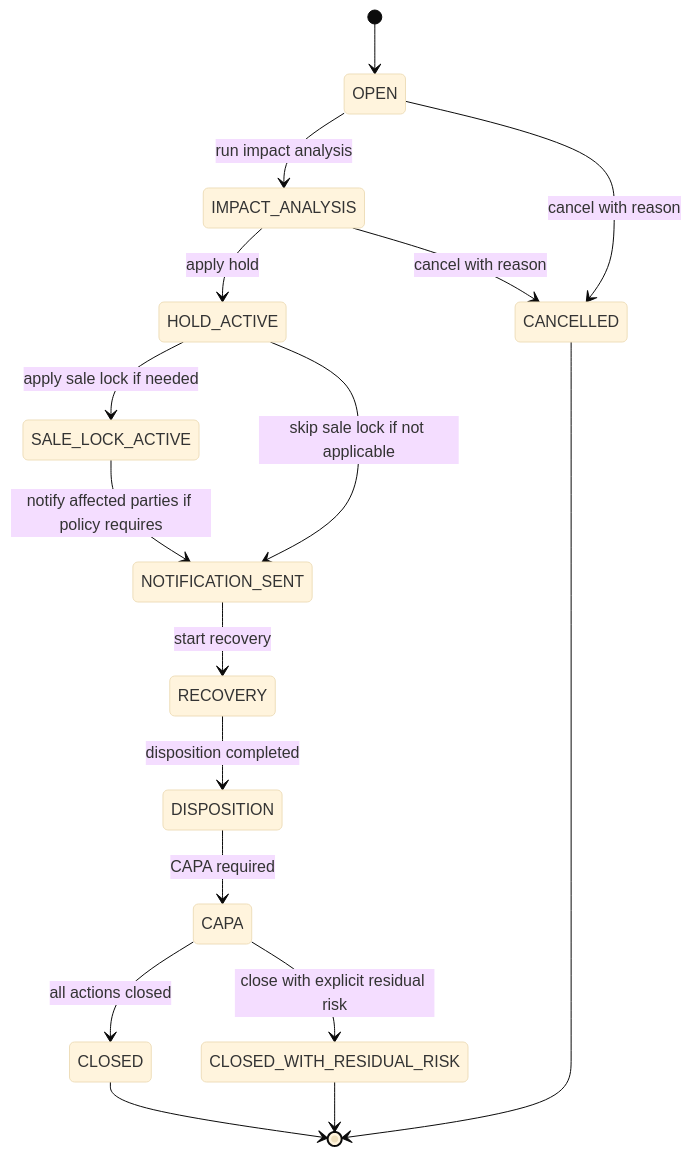
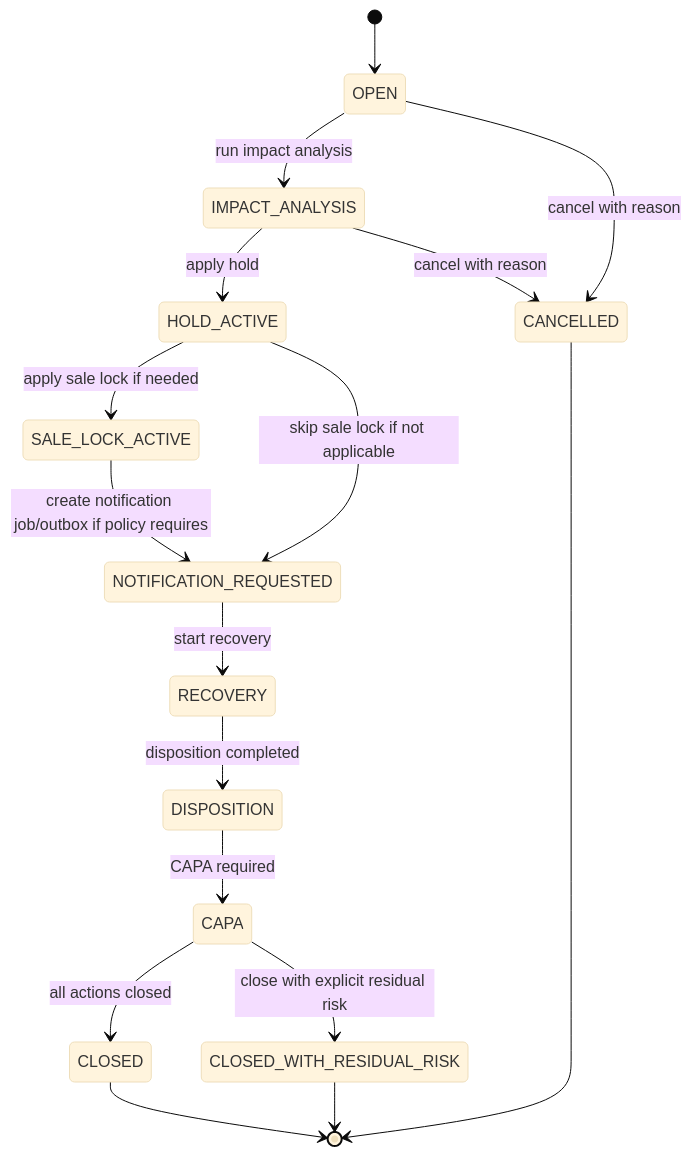
Diagram 17 of 18 in docs/software-specs/workflows/04_STATE_MACHINES.md (ngquoctoan2001/Ginsengfood-Operational-System), drawn with Mermaid (base theme) before and after one commit. The commit also changed other lines of this file and 125 other files, not shown here.

````diff
--- a/docs/software-specs/workflows/04_STATE_MACHINES.md
+++ b/docs/software-specs/workflows/04_STATE_MACHINES.md
@@ -381,19 +458,19 @@
 ```mermaid
 stateDiagram-v2
     [*] --> OPEN
     OPEN --> IMPACT_ANALYSIS: run impact analysis
     IMPACT_ANALYSIS --> HOLD_ACTIVE: apply hold
     HOLD_ACTIVE --> SALE_LOCK_ACTIVE: apply sale lock if needed
-    SALE_LOCK_ACTIVE --> NOTIFICATION_SENT: notify affected parties if policy requires
-    HOLD_ACTIVE --> NOTIFICATION_SENT: skip sale lock if not applicable
-    NOTIFICATION_SENT --> RECOVERY: start recovery
+    SALE_LOCK_ACTIVE --> NOTIFICATION_REQUESTED: create notification job/outbox if policy requires
+    HOLD_ACTIVE --> NOTIFICATION_REQUESTED: skip sale lock if not applicable
+    NOTIFICATION_REQUESTED --> RECOVERY: start recovery
     RECOVERY --> DISPOSITION: disposition completed
     DISPOSITION --> CAPA: CAPA required
     CAPA --> CLOSED: all actions closed
     CAPA --> CLOSED_WITH_RESIDUAL_RISK: close with explicit residual risk
     OPEN --> CANCELLED: cancel with reason
     IMPACT_ANALYSIS --> CANCELLED: cancel with reason
     CLOSED --> [*]
     CLOSED_WITH_RESIDUAL_RISK --> [*]
     CANCELLED --> [*]
 ```
````
